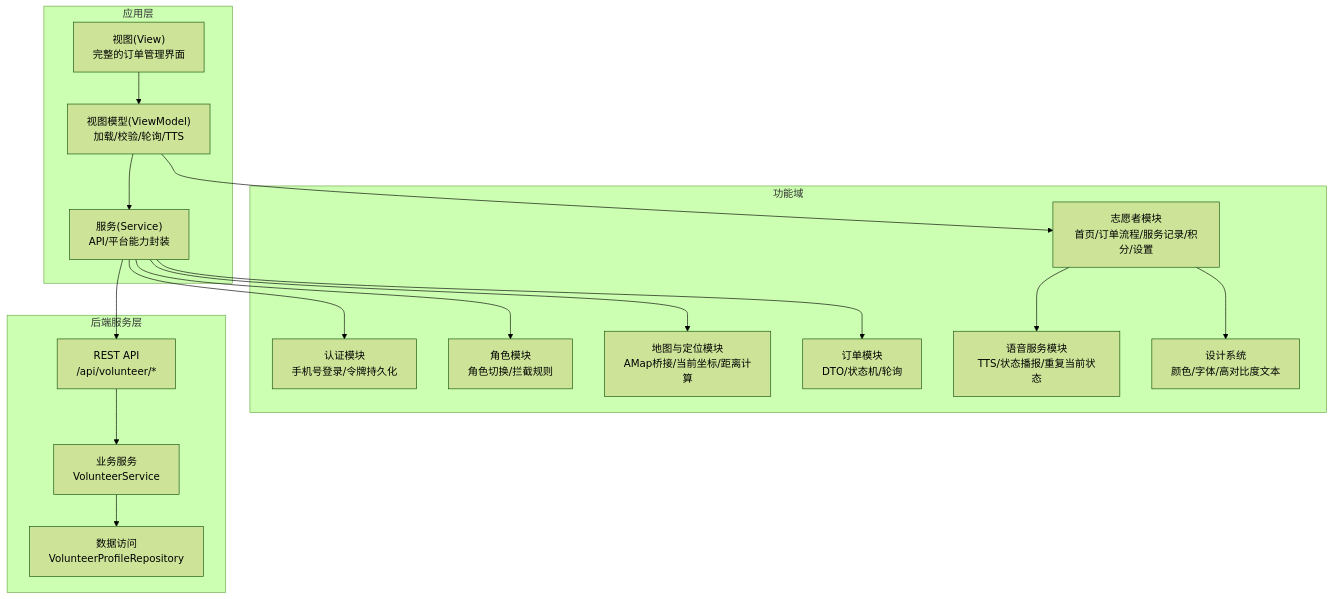
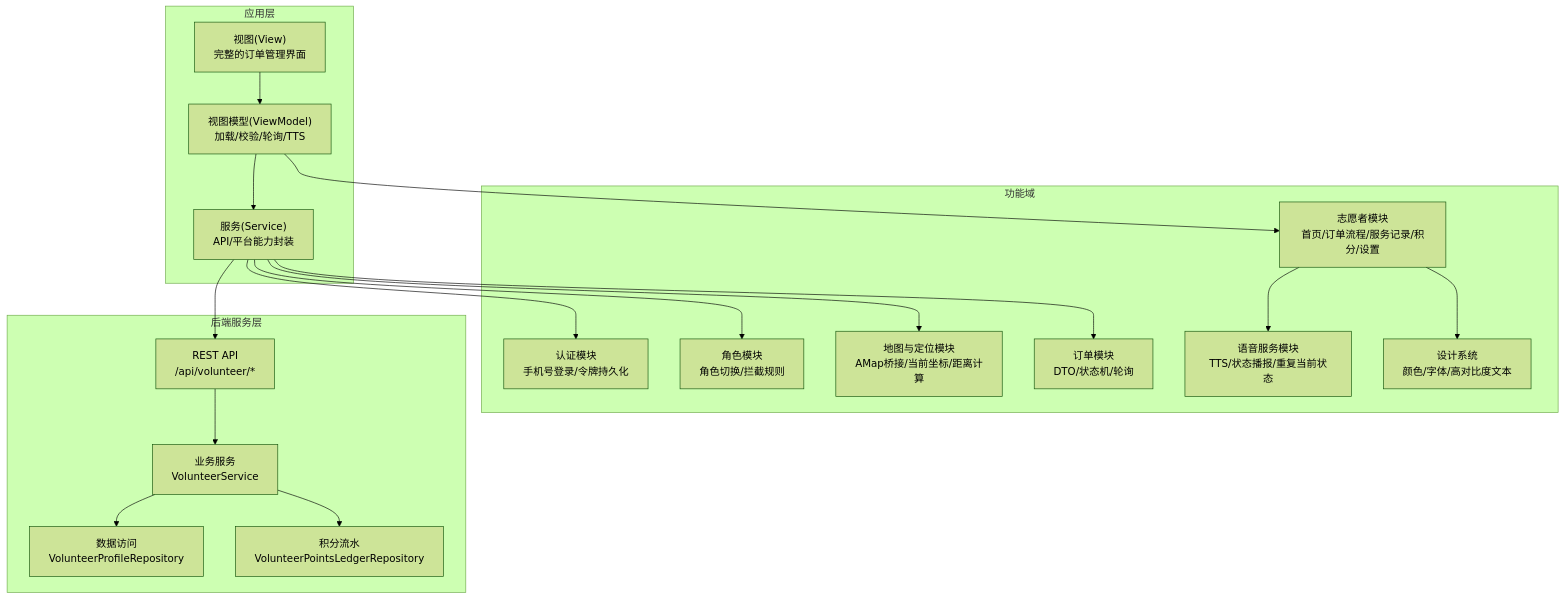
The first of 13 diagrams in .qoder/repowiki/zh/content/架构设计/模块化架构设计/Volunteer 志愿者模块.md (Jayden23018/blind-run-ios), drawn with Mermaid (forest theme) before and after one commit. The commit also changed other lines of this file and 11 other files, not shown here.

Commit message:
Unify emergency safety flow and status handling

````diff
--- a/.qoder/repowiki/zh/content/架构设计/模块化架构设计/Volunteer 志愿者模块.md
+++ b/.qoder/repowiki/zh/content/架构设计/模块化架构设计/Volunteer 志愿者模块.md
@@ -64,34 +67,36 @@
 ```mermaid
 graph TB
 subgraph "应用层"
 Views["视图(View)<br/>完整的订单管理界面"]
 VM["视图模型(ViewModel)<br/>加载/校验/轮询/TTS"]
 Services["服务(Service)<br/>API/平台能力封装"]
 end
 subgraph "功能域"
 Auth["认证模块<br/>手机号登录/令牌持久化"]
 Role["角色模块<br/>角色切换/拦截规则"]
 Map["地图与定位模块<br/>AMap桥接/当前坐标/距离计算"]
 Orders["订单模块<br/>DTO/状态机/轮询"]
 Volunteer["志愿者模块<br/>首页/订单流程/服务记录/积分/设置"]
 Voice["语音服务模块<br/>TTS/状态播报/重复当前状态"]
 Design["设计系统<br/>颜色/字体/高对比度文本"]
 end
 subgraph "后端服务层"
 API["REST API<br/>/api/volunteer/*"]
 Service["业务服务<br/>VolunteerService"]
 Repo["数据访问<br/>VolunteerProfileRepository"]
+PointsRepo["积分流水<br/>VolunteerPointsLedgerRepository"]
 end
 Views --> VM
 VM --> Services
 Services --> Orders
 Services --> Map
 Services --> Auth
 Services --> Role
 VM --> Volunteer
 Volunteer --> Voice
 Volunteer --> Design
 Services --> API
 API --> Service
 Service --> Repo
+Service --> PointsRepo
 ```
````
